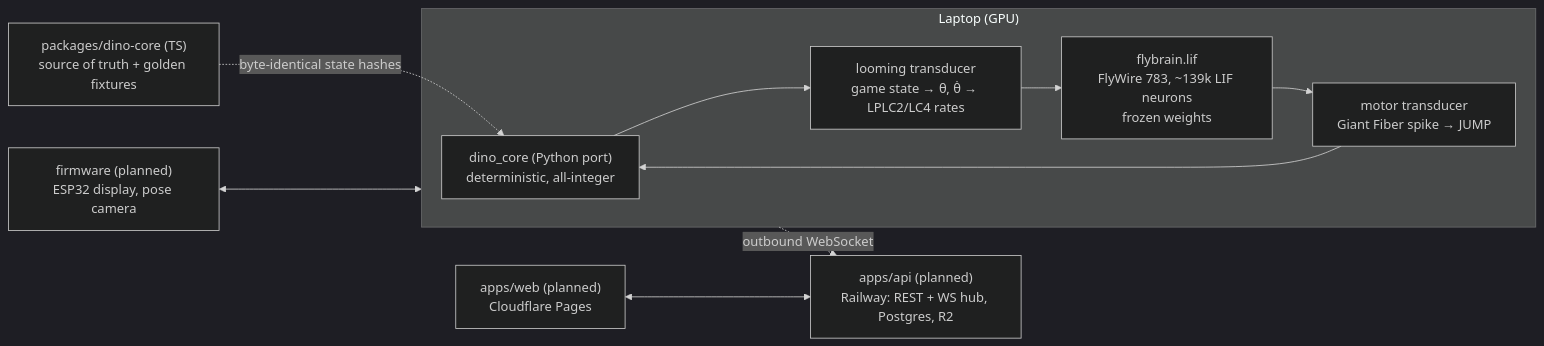
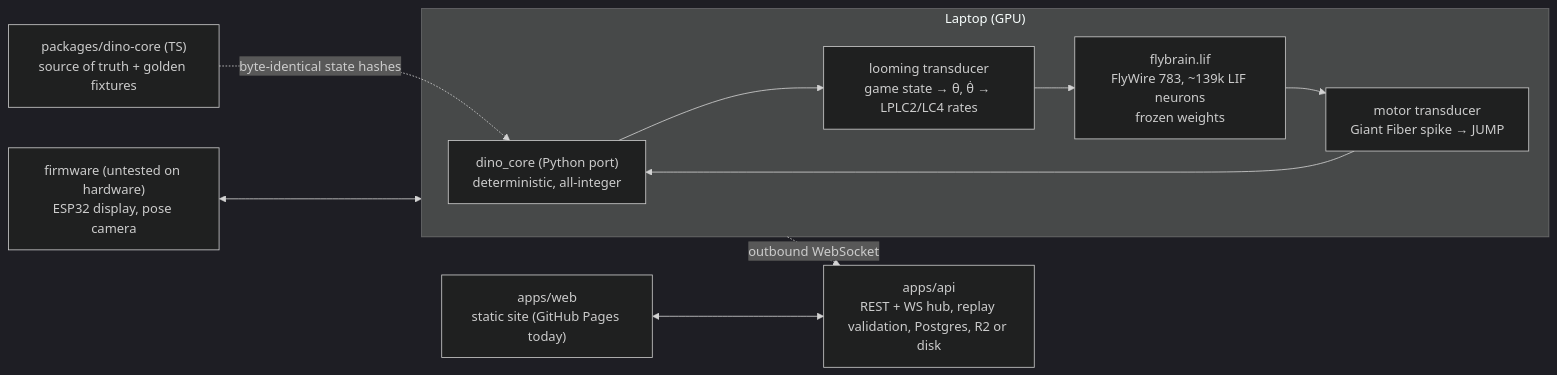
The diagram in docs/ARCHITECTURE.md (tairqaldy/dino-fly), drawn with Mermaid (dark theme) before and after one commit. The commit also changed other lines of this file and 22 other files, not shown here.

````diff
--- a/docs/ARCHITECTURE.md
+++ b/docs/ARCHITECTURE.md
@@ -8,17 +8,17 @@
 ```mermaid
 flowchart LR
   subgraph laptop["Laptop (GPU)"]
     game["dino_core (Python port)\ndeterministic, all-integer"]
     sens["looming transducer\ngame state → θ, θ̇ → LPLC2/LC4 rates"]
     brain["flybrain.lif\nFlyWire 783, ~139k LIF neurons\nfrozen weights"]
     motor["motor transducer\nGiant Fiber spike → JUMP"]
     game --> sens --> brain --> motor --> game
   end
   ts["packages/dino-core (TS)\nsource of truth + golden fixtures"] -. byte-identical state hashes .-> game
-  api["apps/api (planned)\nRailway: REST + WS hub, Postgres, R2"]
-  web["apps/web (planned)\nCloudflare Pages"]
-  fw["firmware (planned)\nESP32 display, pose camera"]
+  api["apps/api\nREST + WS hub, replay validation, Postgres, R2 or disk"]
+  web["apps/web\nstatic site (GitHub Pages today)"]
+  fw["firmware (untested on hardware)\nESP32 display, pose camera"]
   laptop -. outbound WebSocket .-> api
   web <--> api
   fw <--> laptop
 ```
````
